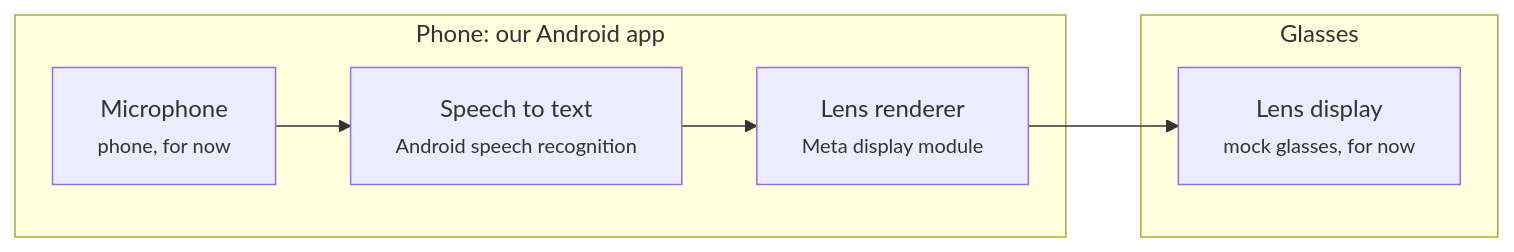
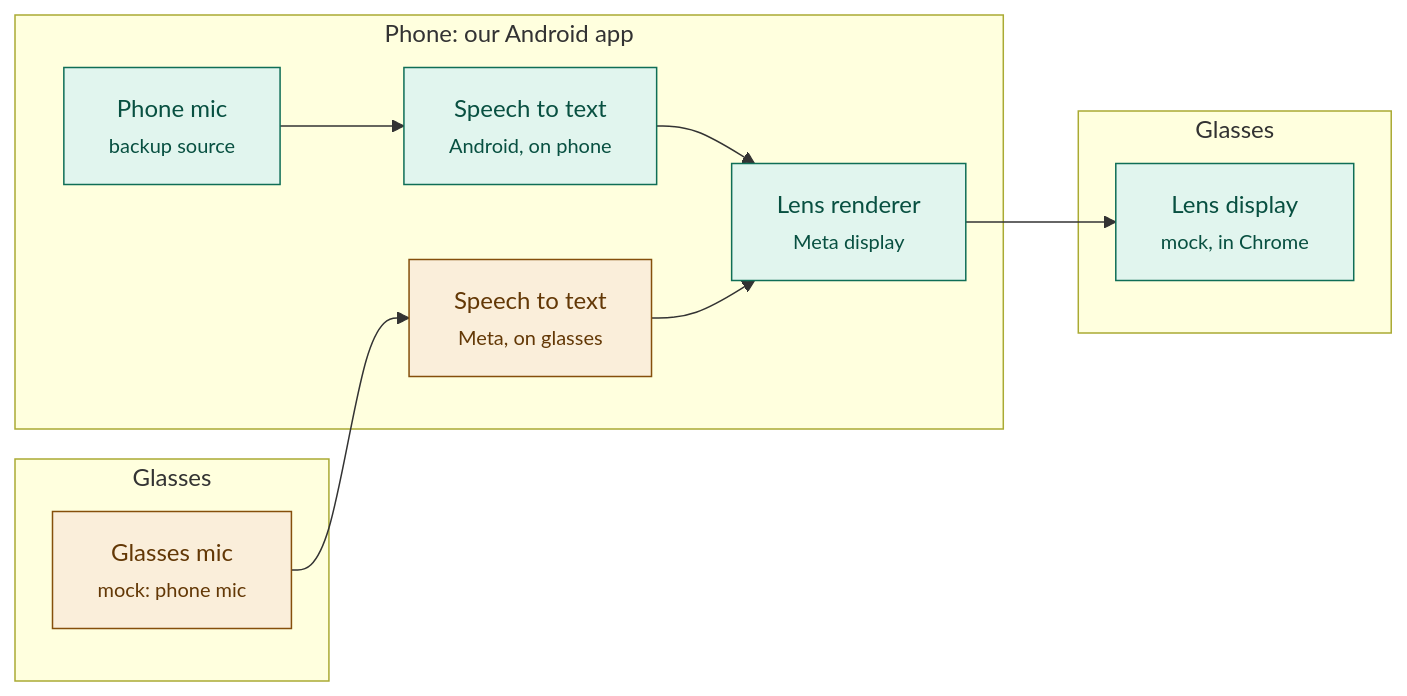
Before and after one commit to mushfiqulIslam/sign_talk: the first of 3 diagrams in docs/architecture.md, drawn with Mermaid. The commit also changed other lines of this file and 4 other files, not shown here.

First line of the commit message:
Update architecture docs: version 1 progress and version 2 sign clips

````diff
--- a/docs/architecture.md
+++ b/docs/architecture.md
@@ -20,12 +20,22 @@
 ```mermaid
 flowchart LR
+  subgraph GlassesIn["Glasses"]
+    gmic["Glasses mic<br/><small>mock: phone mic</small>"]
+  end
   subgraph Phone["Phone: our Android app"]
-    mic["Microphone<br/><small>phone, for now</small>"]
-    stt["Speech to text<br/><small>Android speech recognition</small>"]
-    render["Lens renderer<br/><small>Meta display module</small>"]
+    pmic["Phone mic<br/><small>backup source</small>"]
+    pstt["Speech to text<br/><small>Android, on phone</small>"]
+    gstt["Speech to text<br/><small>Meta, on glasses</small>"]
+    render["Lens renderer<br/><small>Meta display</small>"]
   end
-  subgraph Glasses["Glasses"]
-    lens["Lens display<br/><small>mock glasses, for now</small>"]
+  subgraph GlassesOut["Glasses"]
+    lens["Lens display<br/><small>mock, in Chrome</small>"]
   end
-  mic --> stt --> render --> lens
+  pmic --> pstt --> render
+  gmic --> gstt --> render
+  render --> lens
+  classDef done fill:#E1F5EE,stroke:#0F6E56,color:#085041
+  classDef next fill:#FAEEDA,stroke:#854F0B,color:#633806
+  class pmic,pstt,render,lens done
+  class gmic,gstt next
 ```
````
